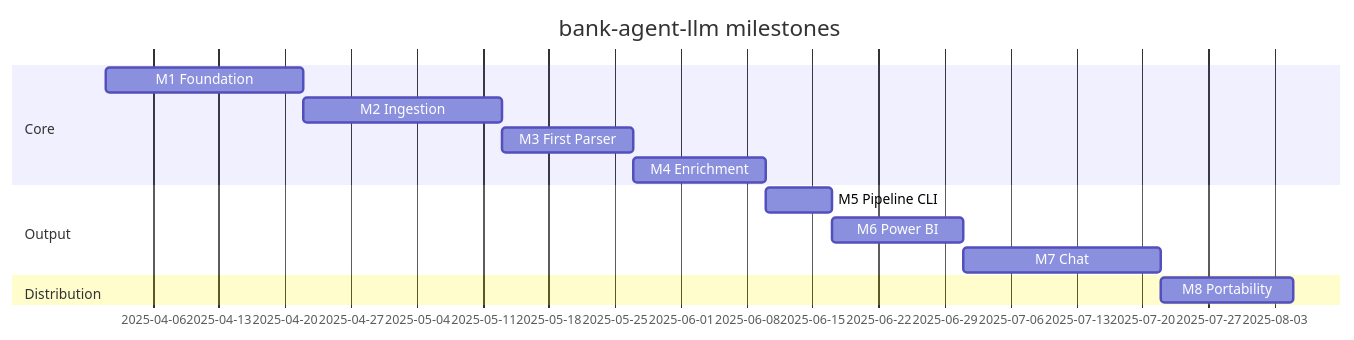
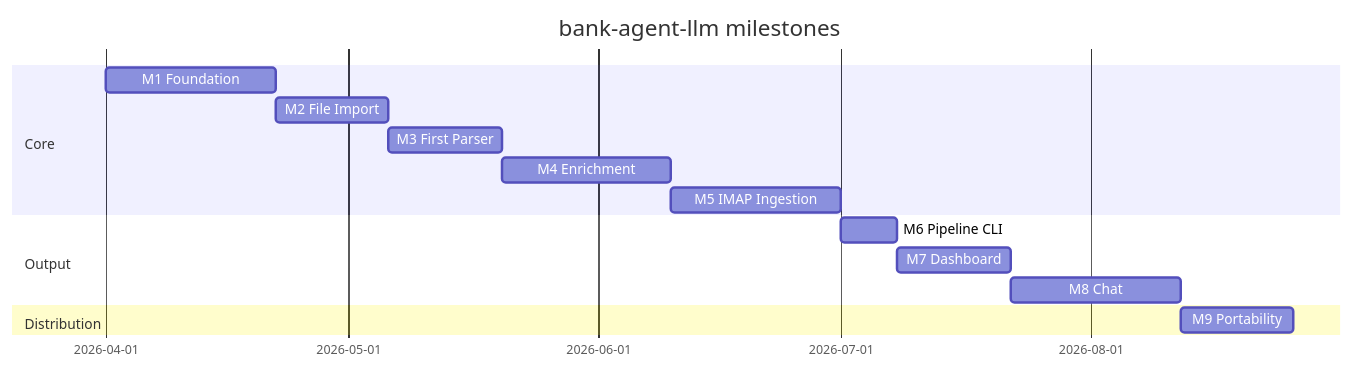
One commit to JuanLara18/bank-agent-llm changed the diagram in docs/roadmap.md. Above: the diagram before and after it, drawn with Mermaid. The commit also changed other lines of this file, not shown here.

Commit message:
docs: reorder milestones — file import before IMAP, fix dates, dashboard replaces Power BI

````diff
--- a/docs/roadmap.md
+++ b/docs/roadmap.md
@@ -5,16 +5,17 @@
 ```mermaid
 gantt
     title bank-agent-llm milestones
     dateFormat YYYY-MM
     section Core
-    M1 Foundation       :m1, 2025-04, 3w
-    M2 Ingestion        :m2, after m1, 3w
+    M1 Foundation       :m1, 2026-04, 3w
+    M2 File Import      :m2, after m1, 2w
     M3 First Parser     :m3, after m2, 2w
-    M4 Enrichment       :m4, after m3, 2w
+    M4 Enrichment       :m4, after m3, 3w
+    M5 IMAP Ingestion   :m5, after m4, 3w
     section Output
-    M5 Pipeline CLI     :m5, after m4, 1w
-    M6 Power BI         :m6, after m5, 2w
-    M7 Chat             :m7, after m6, 3w
+    M6 Pipeline CLI     :m6, after m5, 1w
+    M7 Dashboard        :m7, after m6, 2w
+    M8 Chat             :m8, after m7, 3w
     section Distribution
-    M8 Portability      :m8, after m7, 2w
+    M9 Portability      :m9, after m8, 2w
 ```
````
